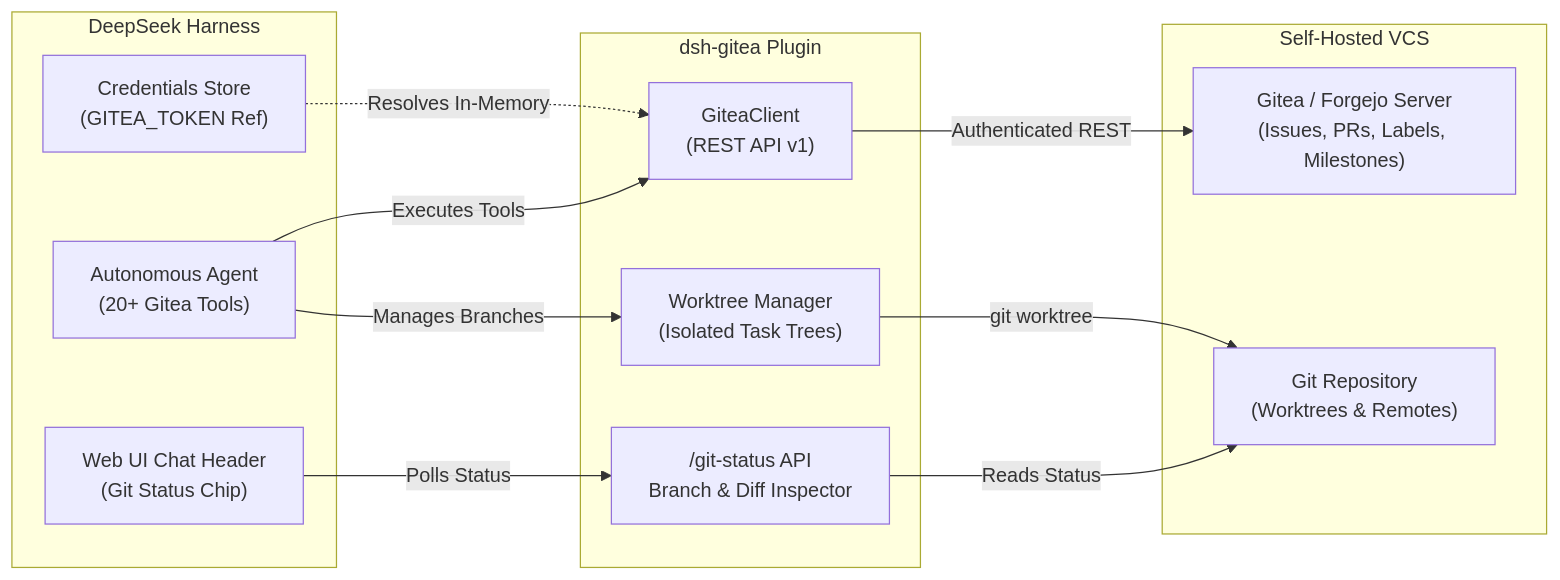
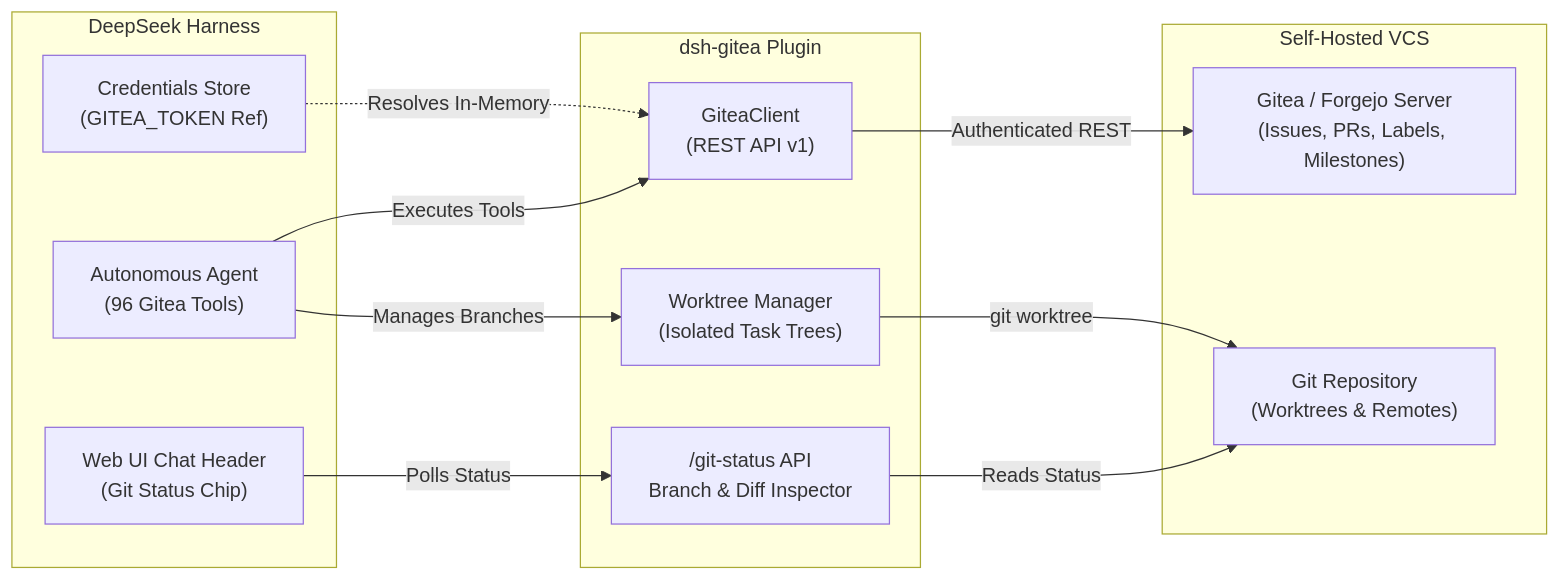
The diagram in README.md (GooDAnDReaDY/dsh-gitea), drawn with Mermaid before and after one commit. The commit also changed other lines of this file and 5 other files, not shown here.

````diff
--- a/README.md
+++ b/README.md
@@ -59,27 +48,27 @@
 ```mermaid
 graph LR
     subgraph DSH ["DeepSeek Harness"]
         UI["Web UI Chat Header<br/>(Git Status Chip)"]
-        Agent["Autonomous Agent<br/>(20+ Gitea Tools)"]
+        Agent["Autonomous Agent<br/>(96 Gitea Tools)"]
         Creds["Credentials Store<br/>(GITEA_TOKEN Ref)"]
     end
 
     subgraph Plugin ["dsh-gitea Plugin"]
         ChipPoller["/git-status API<br/>Branch & Diff Inspector"]
         Client["GiteaClient<br/>(REST API v1)"]
         WorktreeMgr["Worktree Manager<br/>(Isolated Task Trees)"]
     end
 
     subgraph Server ["Self-Hosted VCS"]
         Gitea["Gitea / Forgejo Server<br/>(Issues, PRs, Labels, Milestones)"]
         GitRepo["Git Repository<br/>(Worktrees & Remotes)"]
     end
 
     UI -->|Polls Status| ChipPoller
     ChipPoller -->|Reads Status| GitRepo
     Agent -->|Executes Tools| Client
     Agent -->|Manages Branches| WorktreeMgr
     WorktreeMgr -->|git worktree| GitRepo
     Client -->|Authenticated REST| Gitea
     Creds -.->|Resolves In-Memory| Client
 ```
````
